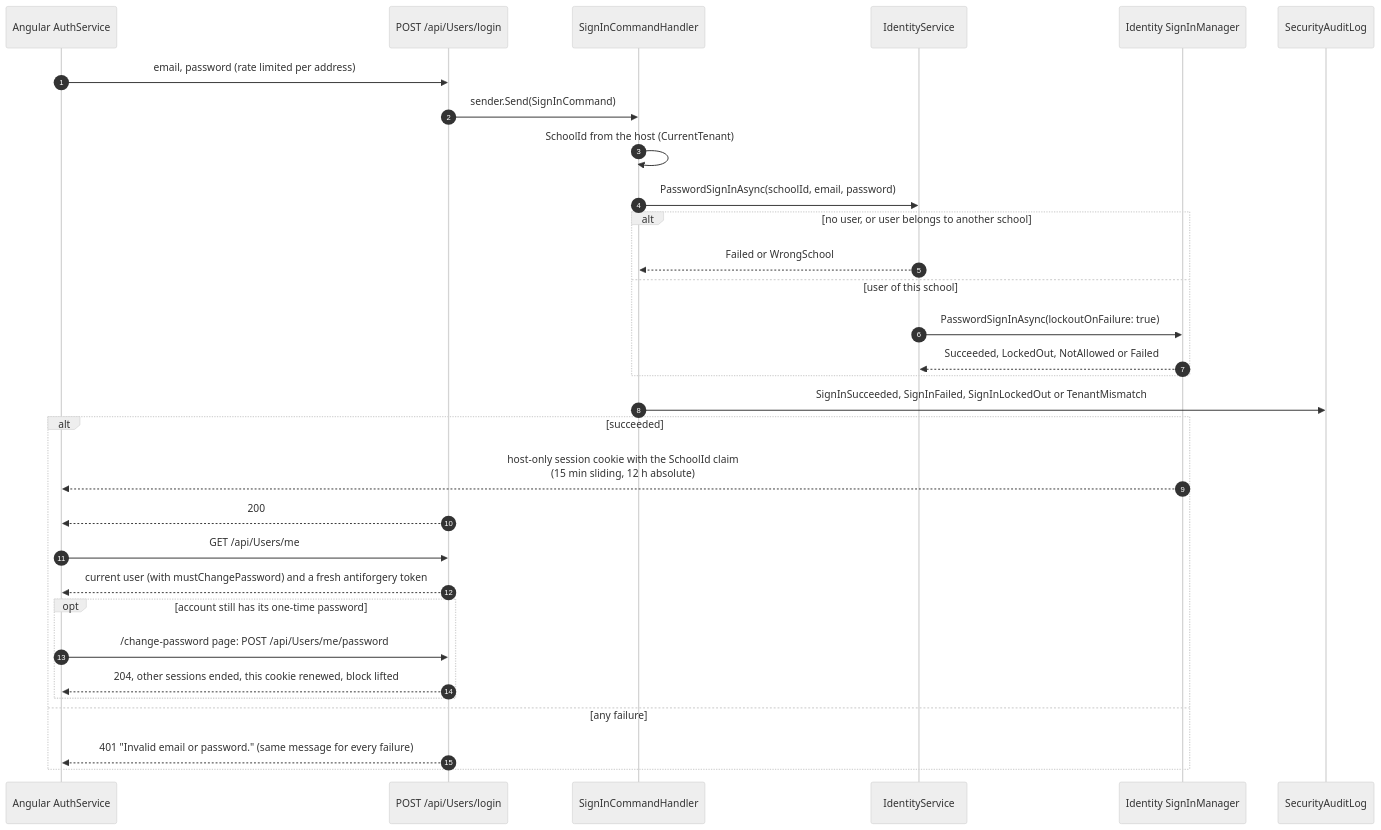
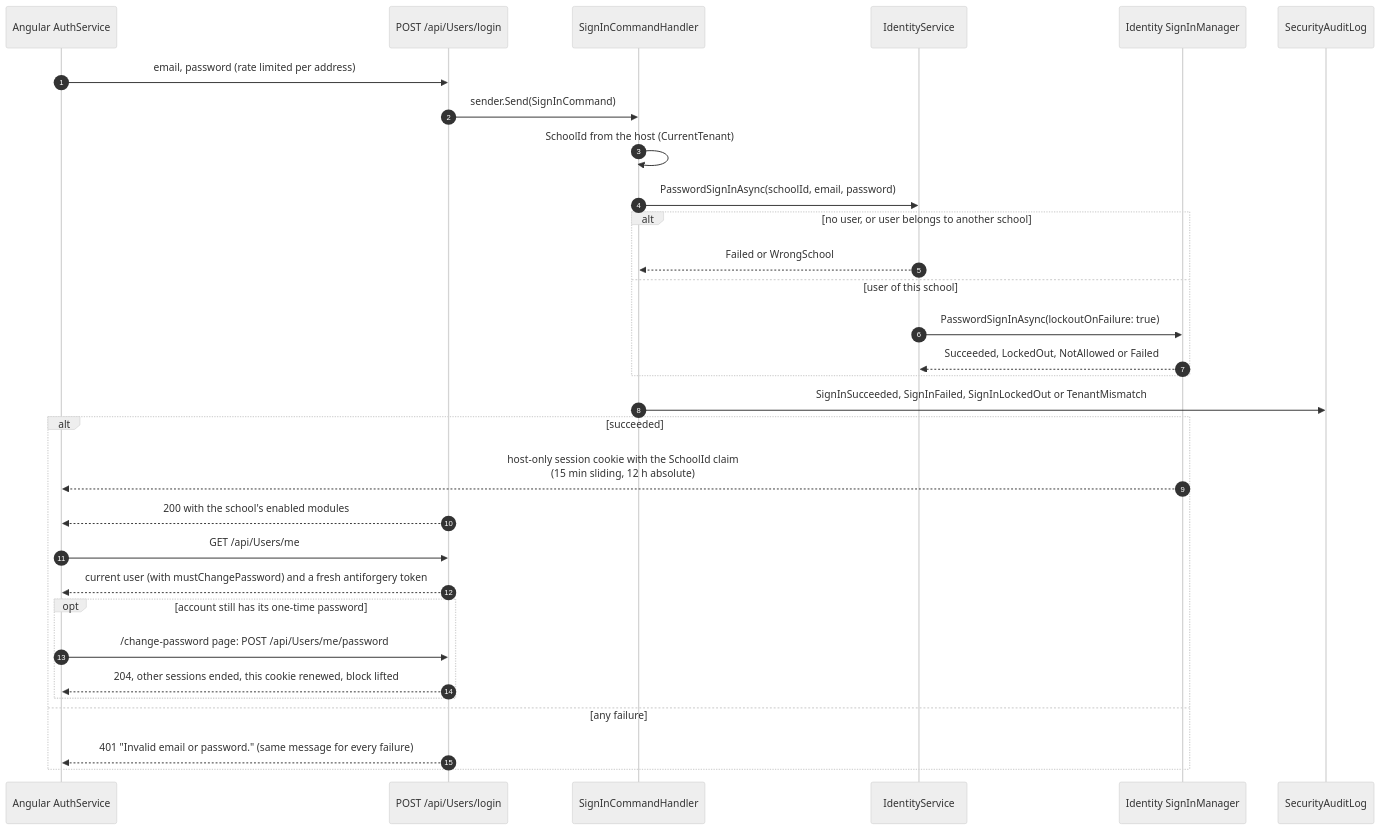
One commit to ahmedshahjr/Education-Portal changed diagram 11 of 22 in README.md. Above: the diagram before and after it, drawn with Mermaid (neutral theme). The commit also changed 8 other files, not shown here.

First line of the commit message:
Return the school's enabled modules from sign-in

````diff
--- a/README.md
+++ b/README.md
@@ -626,33 +626,33 @@
 ```mermaid
 sequenceDiagram
     autonumber
     participant UI as Angular AuthService
     participant E as POST /api/Users/login
     participant H as SignInCommandHandler
     participant I as IdentityService
     participant SM as Identity SignInManager
     participant A as SecurityAuditLog
     UI->>E: email, password (rate limited per address)
     E->>H: sender.Send(SignInCommand)
     H->>H: SchoolId from the host (CurrentTenant)
     H->>I: PasswordSignInAsync(schoolId, email, password)
     alt no user, or user belongs to another school
         I-->>H: Failed or WrongSchool
     else user of this school
         I->>SM: PasswordSignInAsync(lockoutOnFailure: true)
         SM-->>I: Succeeded, LockedOut, NotAllowed or Failed
     end
     H->>A: SignInSucceeded, SignInFailed, SignInLockedOut or TenantMismatch
     alt succeeded
         SM-->>UI: host-only session cookie with the SchoolId claim<br/>(15 min sliding, 12 h absolute)
-        E-->>UI: 200
+        E-->>UI: 200 with the school's enabled modules
         UI->>E: GET /api/Users/me
         E-->>UI: current user (with mustChangePassword) and a fresh antiforgery token
         opt account still has its one-time password
             UI->>E: /change-password page: POST /api/Users/me/password
             E-->>UI: 204, other sessions ended, this cookie renewed, block lifted
         end
     else any failure
         E-->>UI: 401 "Invalid email or password." (same message for every failure)
     end
 ```
````
